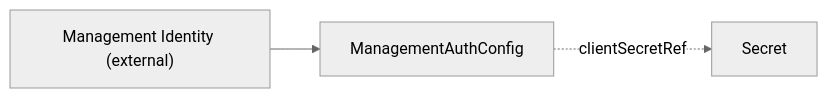
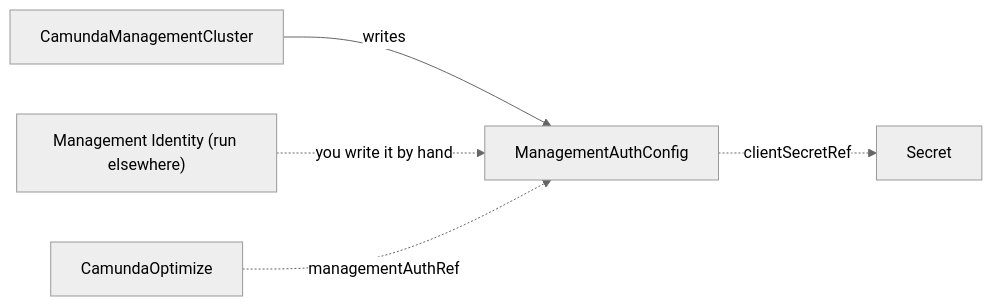
One commit to konsole-is/camunda-operator changed the diagram in docs/crds/managementauthconfig.md. Above: the diagram before and after it, drawn with Mermaid (neutral theme). The commit also changed other lines of this file and 10 other files, not shown here.

````diff
--- a/docs/crds/managementauthconfig.md
+++ b/docs/crds/managementauthconfig.md
@@ -35,5 +35,7 @@
 ```mermaid
 graph LR
-    EXT["Management Identity (external)"] --> MAC[ManagementAuthConfig]
+    MC[CamundaManagementCluster] -->|writes| MAC[ManagementAuthConfig]
+    EXT["Management Identity (run elsewhere)"] -.->|"you write it by hand"| MAC
     MAC -.->|clientSecretRef| SEC[Secret]
+    OPT[CamundaOptimize] -.->|managementAuthRef| MAC
 ```
````
